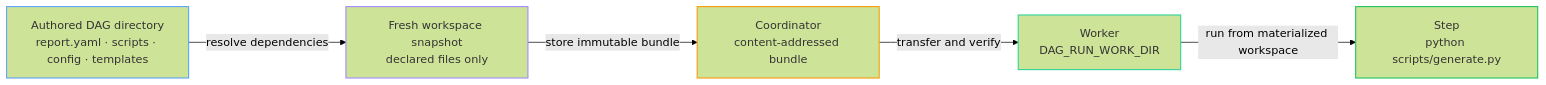
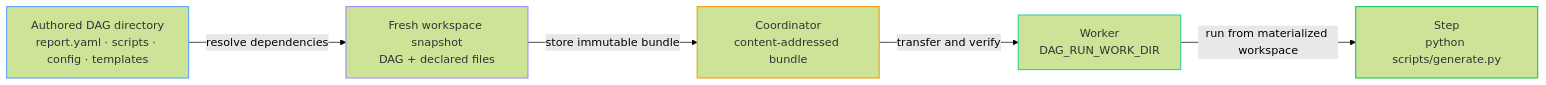
One commit to dagu-org/docs changed the diagram in writing-workflows/file-dependencies.md. Above: the diagram before and after it, drawn with Mermaid (forest theme). The commit also changed other lines of this file and 7 other files, not shown here.

````diff
--- a/writing-workflows/file-dependencies.md
+++ b/writing-workflows/file-dependencies.md
@@ -36,19 +65,19 @@
 ```mermaid
 flowchart LR
     A["Authored DAG directory<br/>report.yaml · scripts · config · templates"]
-    B["Fresh workspace snapshot<br/>declared files only"]
+    B["Fresh workspace snapshot<br/>DAG + declared files"]
     C["Coordinator<br/>content-addressed bundle"]
     D["Worker<br/>DAG_RUN_WORK_DIR"]
     E["Step<br/>python scripts/generate.py"]
 
     A -->|"resolve dependencies"| B
     B -->|"store immutable bundle"| C
     C -->|"transfer and verify"| D
     D -->|"run from materialized workspace"| E
 
     style A stroke:#60a5fa,stroke-width:1.6px,color:#333
     style B stroke:#a78bfa,stroke-width:1.6px,color:#333
     style C stroke:#f59e0b,stroke-width:1.6px,color:#333
     style D stroke:#34d399,stroke-width:1.6px,color:#333
     style E stroke:#22c55e,stroke-width:1.6px,color:#333
 ```
````
